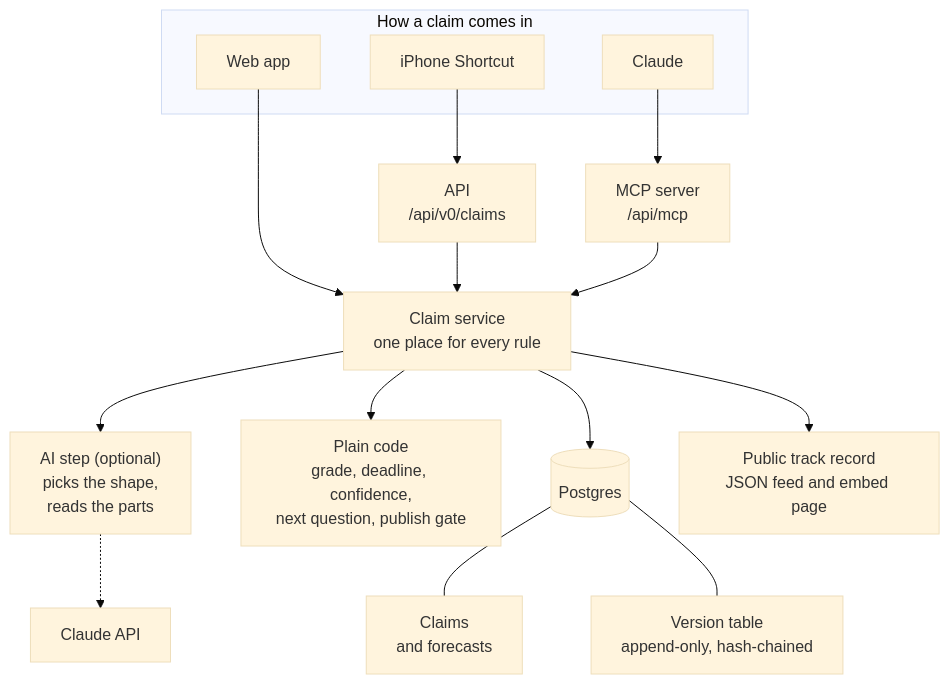
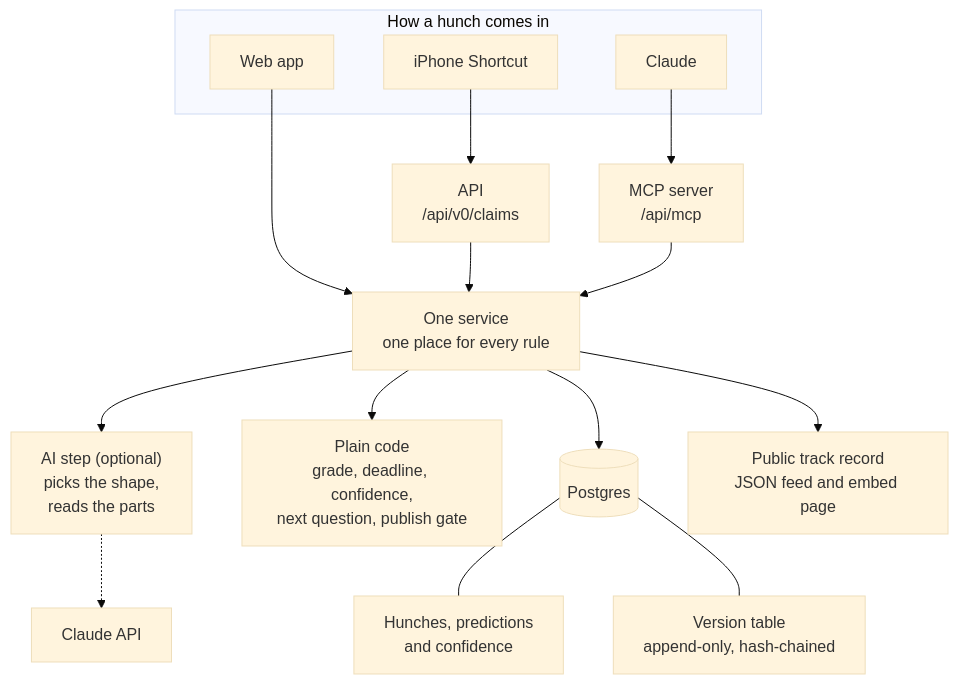
The diagram in README.md (mfaldet/my-mark-to-market), drawn with Mermaid (base theme) before and after one commit. The commit also changed other lines of this file and 52 other files, not shown here.

First line of the commit message:
Use our own words: hunches and predictions throughout

````diff
--- a/README.md
+++ b/README.md
@@ -57,27 +59,27 @@
 ```mermaid
 flowchart TD
-    subgraph sources["How a claim comes in"]
+    subgraph sources["How a hunch comes in"]
         web["Web app"]
         shortcut["iPhone Shortcut"]
         claude["Claude"]
     end
 
     api["API<br/>/api/v0/claims"]
     mcp["MCP server<br/>/api/mcp"]
 
     web --> service
     shortcut --> api --> service
     claude --> mcp --> service
 
-    service["Claim service<br/>one place for every rule"]
+    service["One service<br/>one place for every rule"]
 
     service --> ai["AI step (optional)<br/>picks the shape,<br/>reads the parts"]
     ai -.-> anthropic["Claude API"]
     service --> code["Plain code<br/>grade, deadline, confidence,<br/>next question, publish gate"]
 
     service --> db[("Postgres")]
-    db --- claims["Claims<br/>and forecasts"]
+    db --- claims["Hunches, predictions<br/>and confidence"]
     db --- versions["Version table<br/>append-only, hash-chained"]
 
     service --> public["Public track record<br/>JSON feed and embed page"]
 ```
````
